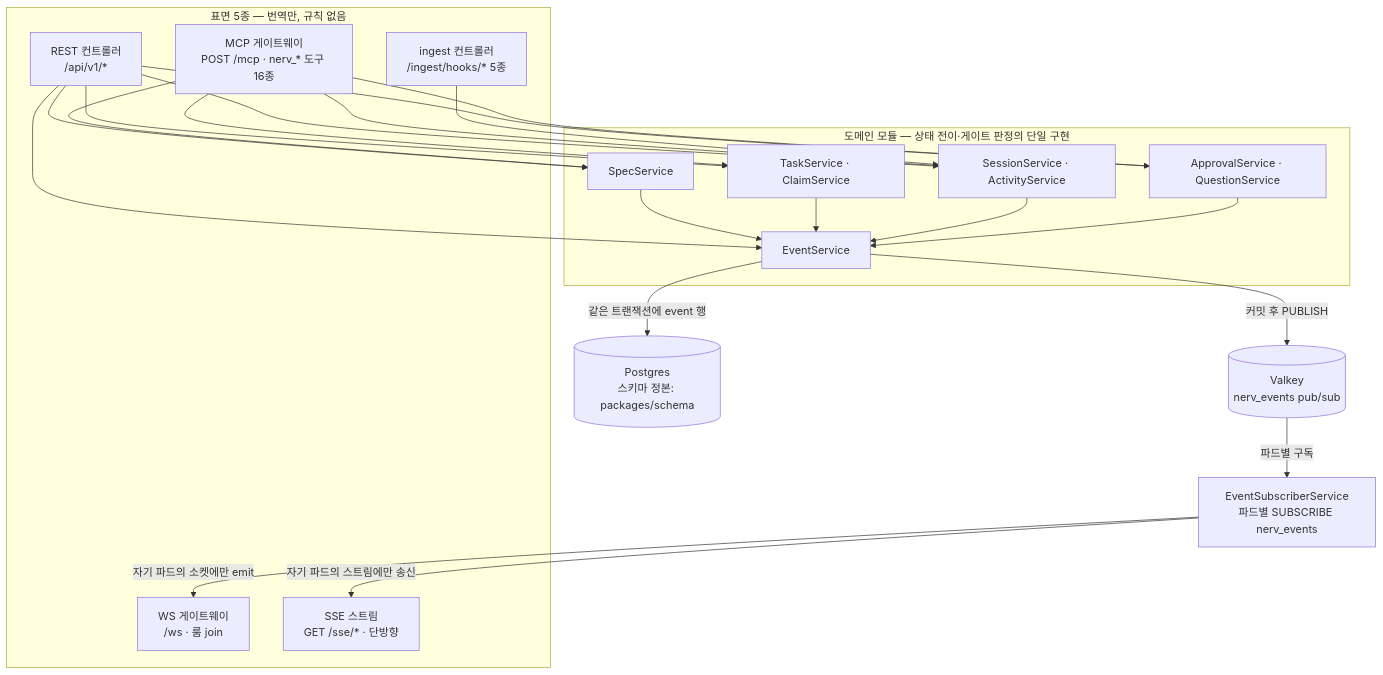
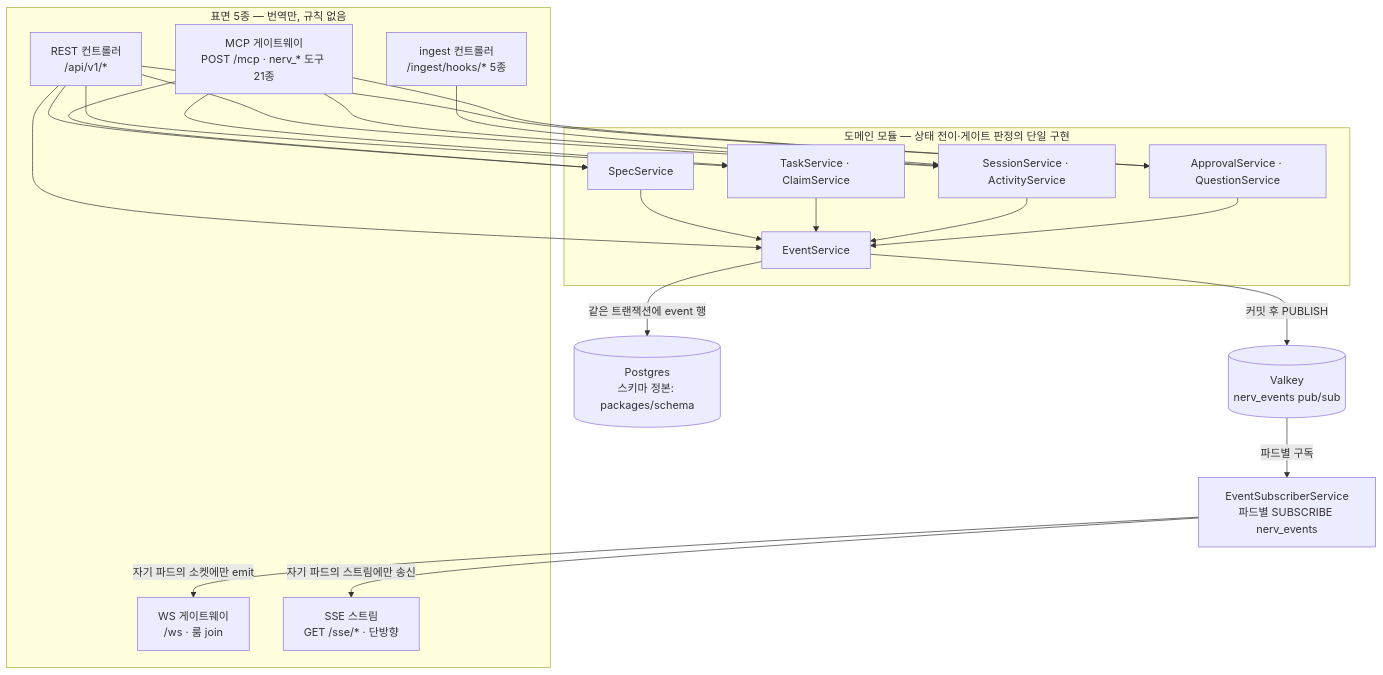
The diagram in docs/04-mvp/codebase.md (worker-ants/nerv), drawn with Mermaid before and after one commit. The commit also changed other lines of this file and 21 other files, not shown here.

````diff
--- a/docs/04-mvp/codebase.md
+++ b/docs/04-mvp/codebase.md
@@ -172,40 +172,40 @@
 ```mermaid
 flowchart TB
   subgraph SURF["표면 5종 — 번역만, 규칙 없음"]
     REST["REST 컨트롤러<br/>/api/v1/*"]
-    MCP["MCP 게이트웨이<br/>POST /mcp · nerv_* 도구 16종"]
+    MCP["MCP 게이트웨이<br/>POST /mcp · nerv_* 도구 21종"]
     WS["WS 게이트웨이<br/>/ws · 룸 join"]
     SSE["SSE 스트림<br/>GET /sse/* · 단방향"]
     ING["ingest 컨트롤러<br/>/ingest/hooks/* 5종"]
   end
   subgraph DOM["도메인 모듈 — 상태 전이·게이트 판정의 단일 구현"]
     SS["SpecService"]
     TS["TaskService · ClaimService"]
     SES["SessionService · ActivityService"]
     AP["ApprovalService · QuestionService"]
     EV["EventService"]
   end
   PG[("Postgres<br/>스키마 정본: packages/schema")]
   VK[("Valkey<br/>nerv_events pub/sub")]
   SUB["EventSubscriberService<br/>파드별 SUBSCRIBE nerv_events"]
 
   REST --> SS
   REST --> TS
   REST --> SES
   REST --> AP
   REST --> EV
   MCP --> SS
   MCP --> TS
   MCP --> SES
   MCP --> AP
   ING --> SES
   SS --> EV
   TS --> EV
   SES --> EV
   AP --> EV
   EV -->|"같은 트랜잭션에 event 행"| PG
   EV -->|"커밋 후 PUBLISH"| VK
   VK -->|"파드별 구독"| SUB
   SUB -->|"자기 파드의 소켓에만 emit"| WS
   SUB -->|"자기 파드의 스트림에만 송신"| SSE
 ```
````
